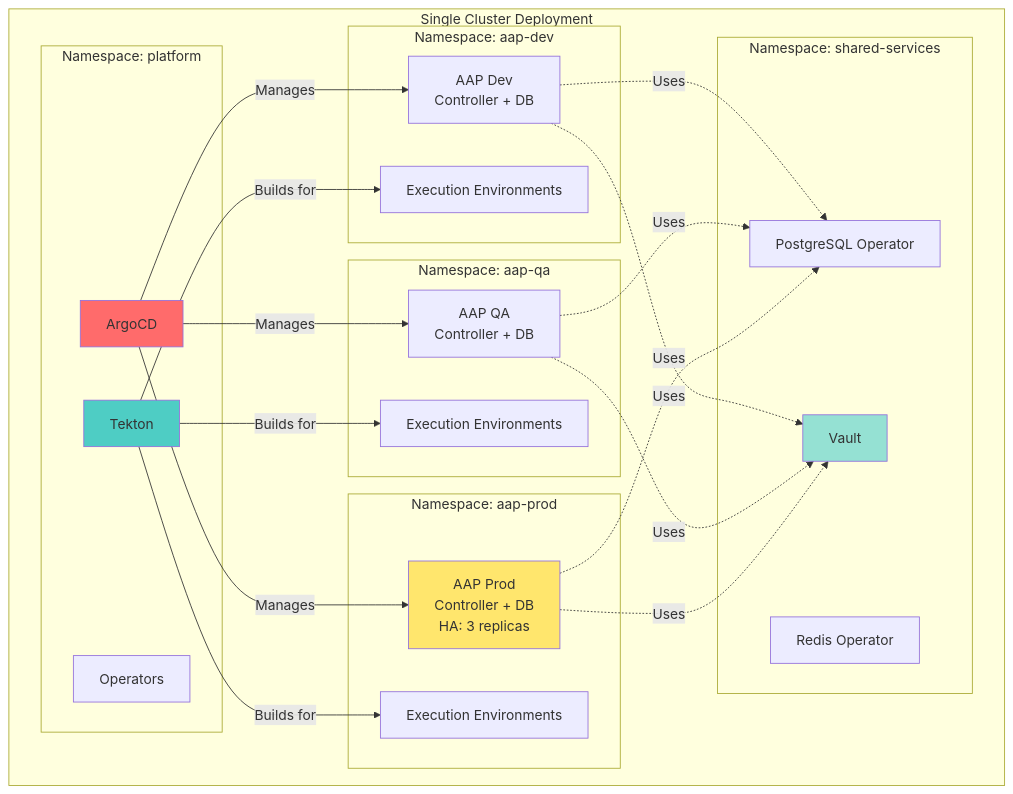
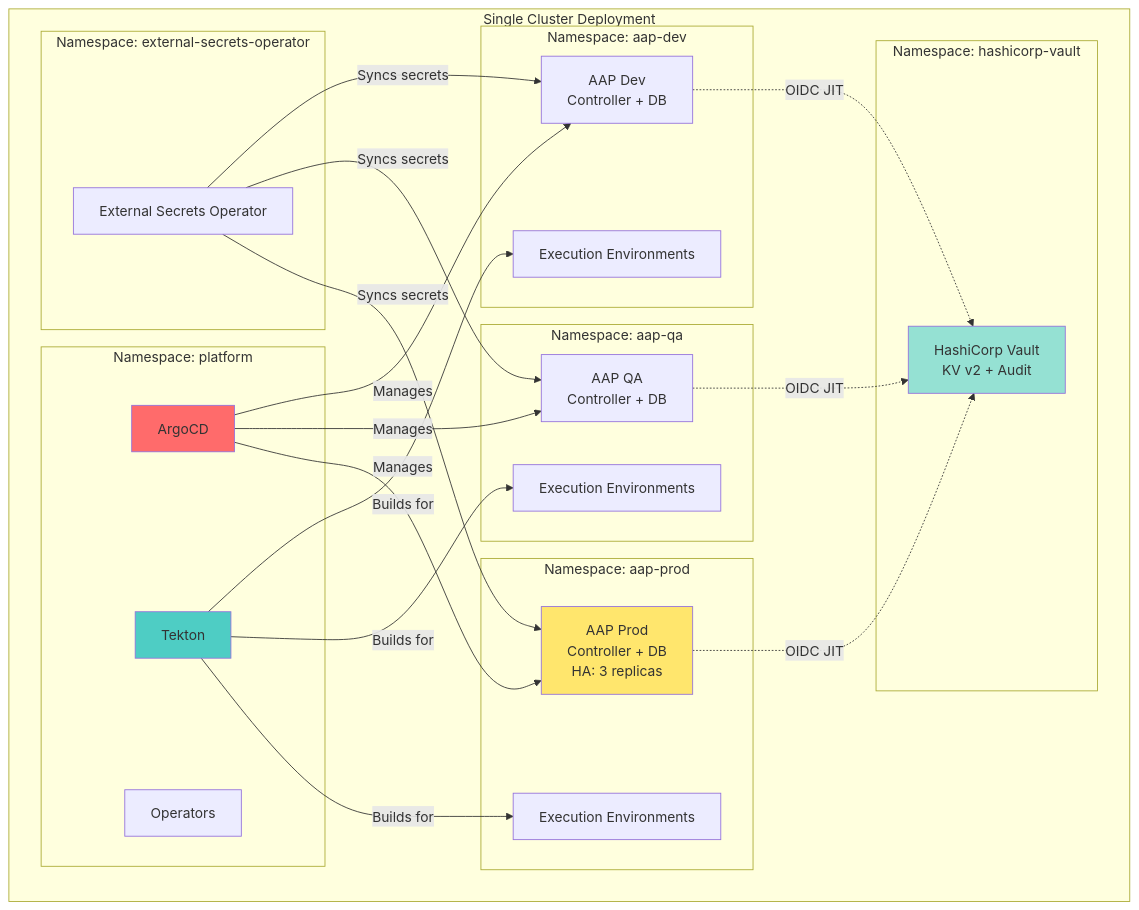
One commit to djdanielsson/rh1-docs changed the eighth of 9 diagrams in docs/diagrams/PLATFORM-ARCHITECTURE.md. Above: the diagram before and after it, drawn with Mermaid. The commit also changed other lines of this file and 12 other files, not shown here.

````diff
--- a/docs/diagrams/PLATFORM-ARCHITECTURE.md
+++ b/docs/diagrams/PLATFORM-ARCHITECTURE.md
@@ -409,50 +413,52 @@
 ```mermaid
 graph TB
     subgraph "Single Cluster Deployment"
         subgraph "Namespace: platform"
             ARGO[ArgoCD]
             TEK[Tekton]
             OPS[Operators]
         end
 
         subgraph "Namespace: aap-dev"
             AAP_D[AAP Dev<br/>Controller + DB]
             EE_D[Execution Environments]
         end
 
         subgraph "Namespace: aap-qa"
             AAP_Q[AAP QA<br/>Controller + DB]
             EE_Q[Execution Environments]
         end
 
         subgraph "Namespace: aap-prod"
             AAP_P[AAP Prod<br/>Controller + DB<br/>HA: 3 replicas]
             EE_P[Execution Environments]
         end
 
-        subgraph "Namespace: shared-services"
-            PG[PostgreSQL Operator]
-            REDIS[Redis Operator]
-            VAULT[Vault]
+        subgraph "Namespace: hashicorp-vault"
+            VAULT[HashiCorp Vault<br/>KV v2 + Audit]
+        end
+
+        subgraph "Namespace: external-secrets-operator"
+            ESO[External Secrets Operator]
         end
     end
 
     ARGO -->|Manages| AAP_D
     ARGO -->|Manages| AAP_Q
     ARGO -->|Manages| AAP_P
     TEK -->|Builds for| EE_D
     TEK -->|Builds for| EE_Q
     TEK -->|Builds for| EE_P
 
-    AAP_D -.->|Uses| PG
-    AAP_Q -.->|Uses| PG
-    AAP_P -.->|Uses| PG
-    AAP_D -.->|Uses| VAULT
-    AAP_Q -.->|Uses| VAULT
-    AAP_P -.->|Uses| VAULT
+    AAP_D -.->|OIDC JIT| VAULT
+    AAP_Q -.->|OIDC JIT| VAULT
+    AAP_P -.->|OIDC JIT| VAULT
+    ESO -->|Syncs secrets| AAP_D
+    ESO -->|Syncs secrets| AAP_Q
+    ESO -->|Syncs secrets| AAP_P
 
     style ARGO fill:#ff6b6b
     style TEK fill:#4ecdc4
     style AAP_P fill:#ffe66d
     style VAULT fill:#95e1d3
 ```
````
